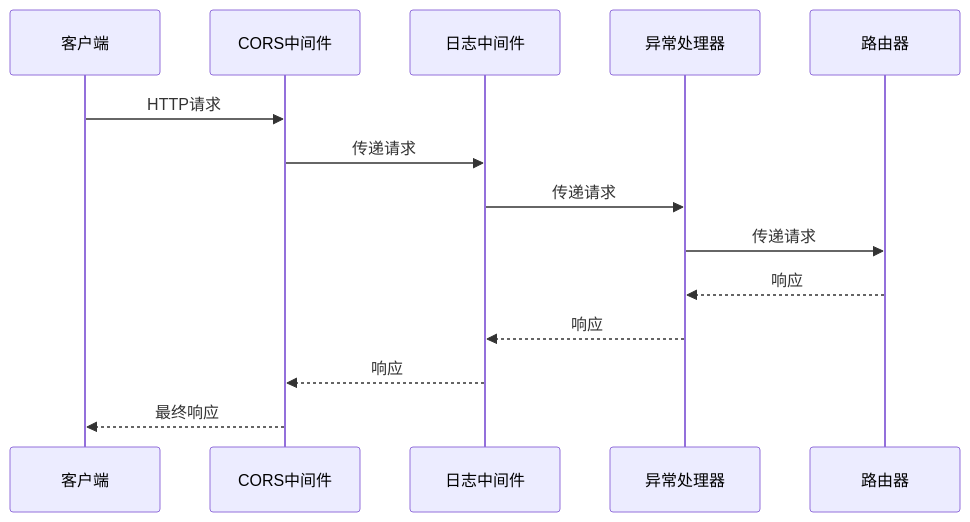
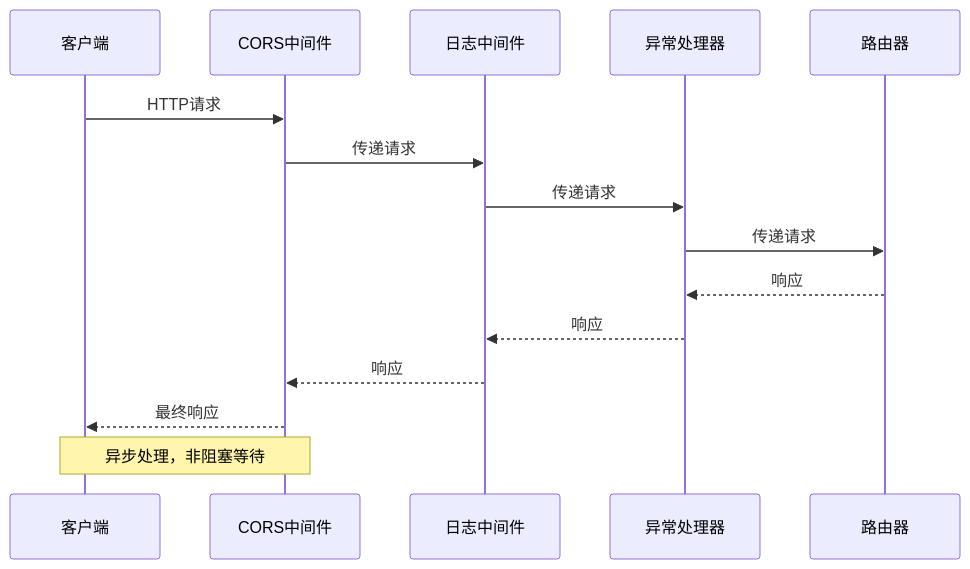
The second of 9 diagrams in .qoder/repowiki/zh/content/架构设计/中间件系统设计.md (taoweidong/Hello-FastApi), drawn with Mermaid before and after one commit. The commit also changed other lines of this file and 11 other files, not shown here.

````diff
--- a/.qoder/repowiki/zh/content/架构设计/中间件系统设计.md
+++ b/.qoder/repowiki/zh/content/架构设计/中间件系统设计.md
@@ -82,16 +91,17 @@
 ```mermaid
 sequenceDiagram
 participant Client as 客户端
 participant CORS as CORS中间件
 participant Logger as 日志中间件
 participant Handler as 异常处理器
 participant Router as 路由器
 Client->>CORS : HTTP请求
 CORS->>Logger : 传递请求
 Logger->>Handler : 传递请求
 Handler->>Router : 传递请求
 Router-->>Handler : 响应
 Handler-->>Logger : 响应
 Logger-->>CORS : 响应
 CORS-->>Client : 最终响应
+Note over Client,CORS : 异步处理，非阻塞等待
 ```
````
